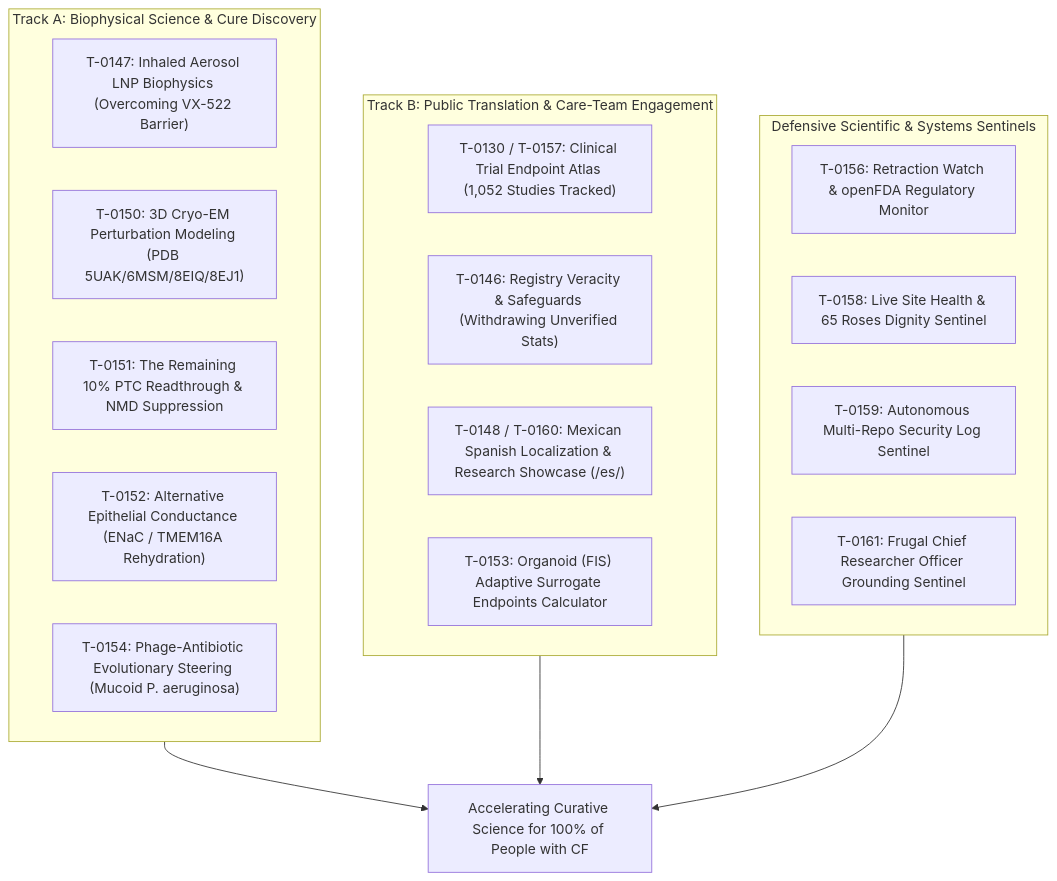
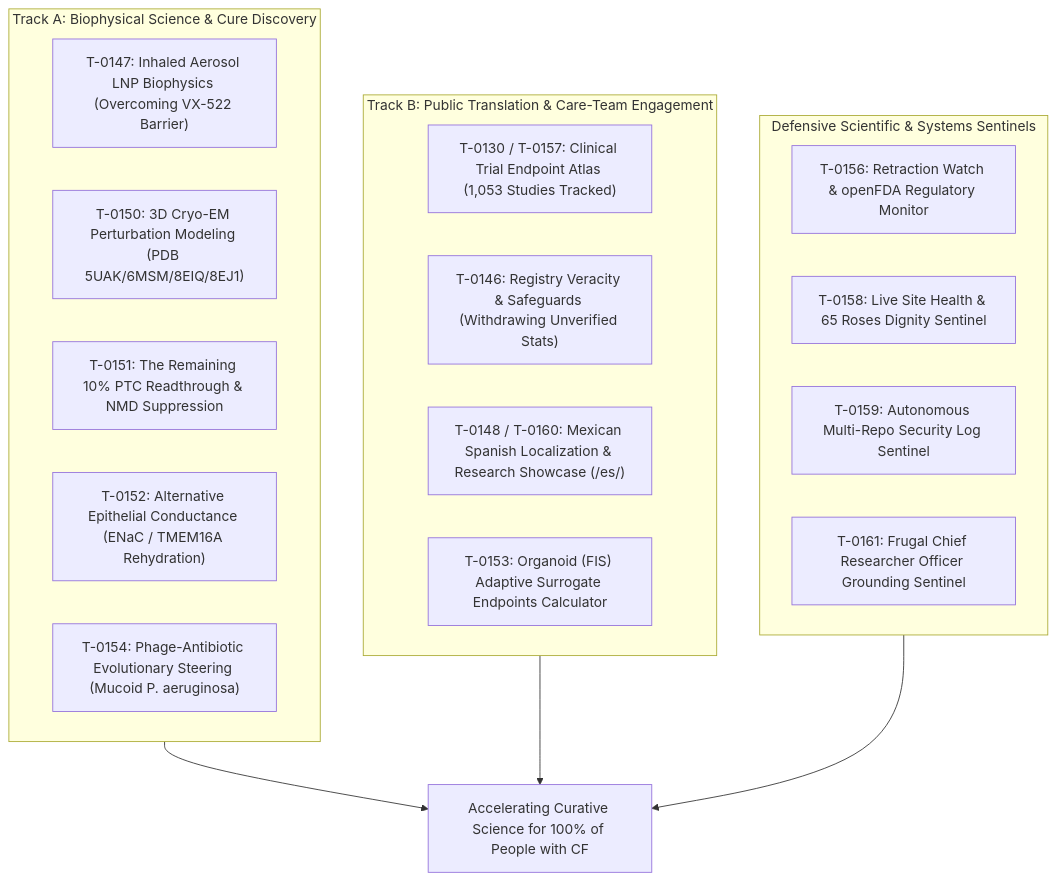
One commit to senseiewok/cf-research changed the diagram in landscape/mission-grounding-2026-10-14.md. Above: the diagram before and after it, drawn with Mermaid. The commit also changed other lines of this file, not shown here.

````diff
--- a/landscape/mission-grounding-2026-10-14.md
+++ b/landscape/mission-grounding-2026-10-14.md
@@ -72,28 +74,28 @@
 ```mermaid
 flowchart TD
     subgraph TrackA["Track A: Biophysical Science & Cure Discovery"]
         A1["T-0147: Inhaled Aerosol LNP Biophysics (Overcoming VX-522 Barrier)"]
         A2["T-0150: 3D Cryo-EM Perturbation Modeling (PDB 5UAK/6MSM/8EIQ/8EJ1)"]
         A3["T-0151: The Remaining 10% PTC Readthrough & NMD Suppression"]
         A4["T-0152: Alternative Epithelial Conductance (ENaC / TMEM16A Rehydration)"]
         A5["T-0154: Phage-Antibiotic Evolutionary Steering (Mucoid P. aeruginosa)"]
     end
 
     subgraph TrackB["Track B: Public Translation & Care-Team Engagement"]
-        B1["T-0130 / T-0157: Clinical Trial Endpoint Atlas (1,052 Studies Tracked)"]
+        B1["T-0130 / T-0157: Clinical Trial Endpoint Atlas (1,053 Studies Tracked)"]
         B2["T-0146: Registry Veracity & Safeguards (Withdrawing Unverified Stats)"]
         B3["T-0148 / T-0160: Mexican Spanish Localization & Research Showcase (/es/)"]
         B4["T-0153: Organoid (FIS) Adaptive Surrogate Endpoints Calculator"]
     end
 
     subgraph Sentinels["Defensive Scientific & Systems Sentinels"]
         S1["T-0156: Retraction Watch & openFDA Regulatory Monitor"]
         S2["T-0158: Live Site Health & 65 Roses Dignity Sentinel"]
         S3["T-0159: Autonomous Multi-Repo Security Log Sentinel"]
         S4["T-0161: Frugal Chief Researcher Officer Grounding Sentinel"]
     end
 
     TrackA --> UniversalCure["Accelerating Curative Science for 100% of People with CF"]
     TrackB --> UniversalCure
     Sentinels --> UniversalCure
 ```
````
